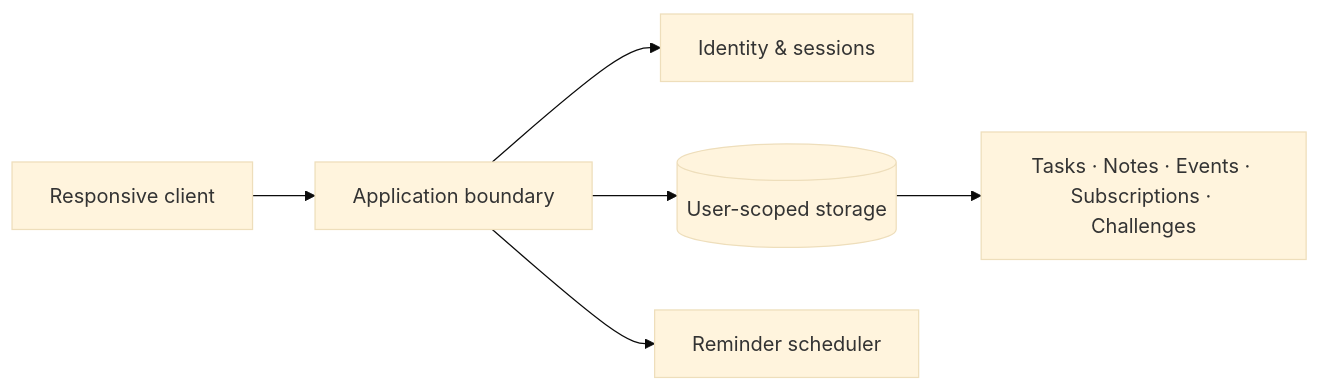
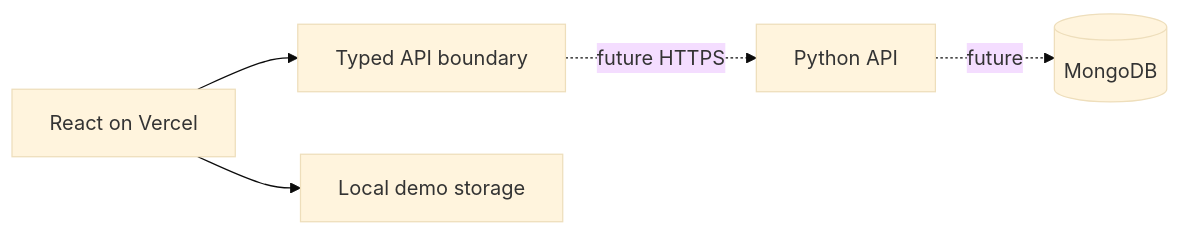
One commit to KibouAkari/LifeOrbit changed the diagram in docs/ARCHITECTURE.md. Above: the diagram before and after it, drawn with Mermaid (base theme). The commit also changed other lines of this file and 20 other files, not shown here.

Commit message:
fix: align React Vite build, Vercel assets and Python MongoDB plan

````diff
--- a/docs/ARCHITECTURE.md
+++ b/docs/ARCHITECTURE.md
@@ -5,8 +14,7 @@
 ```mermaid
 flowchart LR
-  UI[Responsive client] --> API[Application boundary]
-  API --> AUTH[Identity & sessions]
-  API --> DATA[(User-scoped storage)]
-  API --> REM[Reminder scheduler]
-  DATA --> MOD[Tasks · Notes · Events · Subscriptions · Challenges]
+  UI[React on Vercel] --> CLIENT[Typed API boundary]
+  CLIENT -. future HTTPS .-> PY[Python API]
+  PY -. future .-> DB[(MongoDB)]
+  UI --> DEMO[Local demo storage]
 ```
````
